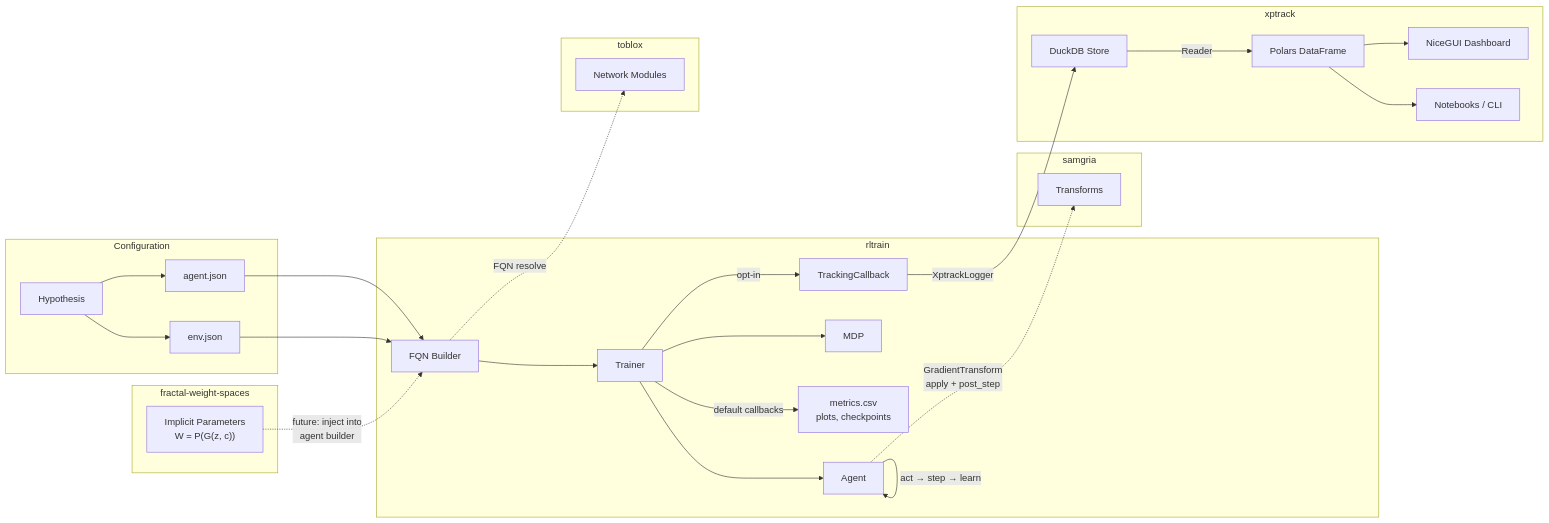
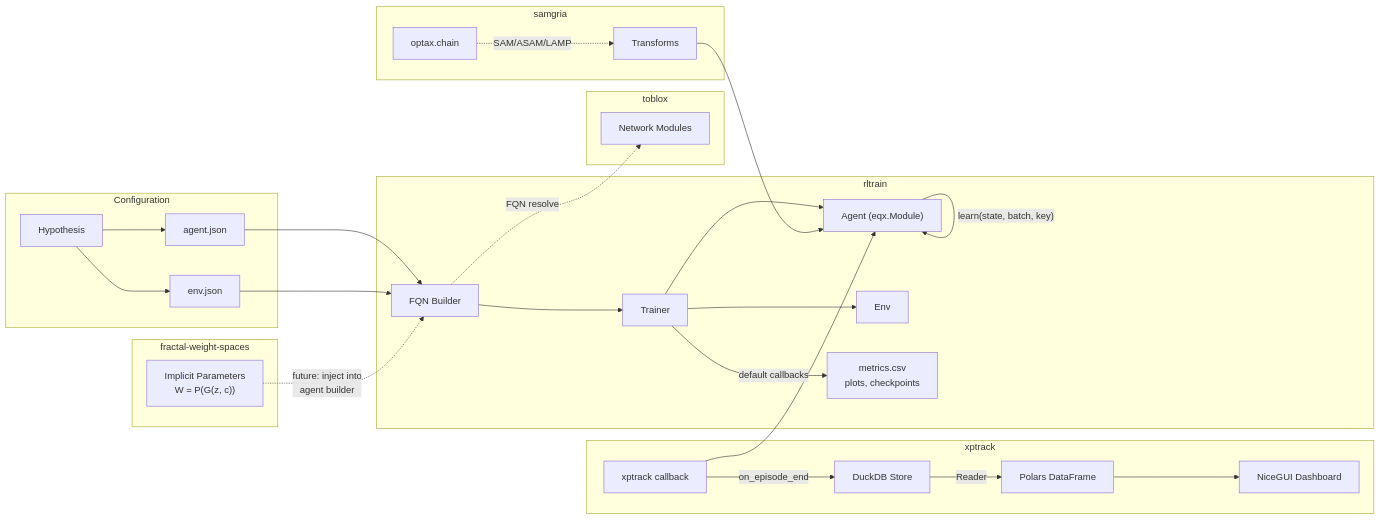
The diagram in docs/ecosystem.md (DarkbyteAT/rltrain), drawn with Mermaid before and after one commit. The commit also changed other lines of this file and 251 other files, not shown here.

````diff
--- a/docs/ecosystem.md
+++ b/docs/ecosystem.md
@@ -20,37 +22,37 @@
 ```mermaid
 graph LR
     subgraph Configuration
         H["Hypothesis"] --> AC["agent.json"]
         H --> EC["env.json"]
     end
 
     subgraph rltrain
         AC --> B["FQN Builder"]
         EC --> B
         B --> TR["Trainer"]
-        TR --> A["Agent"]
-        TR --> E["MDP"]
-        A -->|"act → step → learn"| A
+        TR --> A["Agent (eqx.Module)"]
+        TR --> E["Env"]
+        A -->|"learn(state, batch, key)"| A
         TR -->|"default callbacks"| CSV["metrics.csv\nplots, checkpoints"]
-        TR -->|"opt-in"| TC["TrackingCallback"]
     end
 
     subgraph samgria
-        A -.->|"GradientTransform\napply + post_step"| GT["Transforms"]
+        OPT["optax.chain"] -.->|"SAM/ASAM/LAMP"| GT["Transforms"]
+        GT --> A
     end
 
     subgraph toblox
         B -.->|"FQN resolve"| NN["Network Modules"]
     end
 
     subgraph xptrack
-        TC -->|"XptrackLogger"| XP["DuckDB Store"]
+        CB["xptrack callback"] --> A
+        CB -->|"on_episode_end"| XP["DuckDB Store"]
         XP -->|"Reader"| DF["Polars DataFrame"]
         DF --> D["NiceGUI Dashboard"]
-        DF --> NB["Notebooks / CLI"]
     end
 
     subgraph fractal-weight-spaces
         FWS["Implicit Parameters\nW = P(G(z, c))"] -.->|"future: inject into\nagent builder"| B
     end
 ```
````
